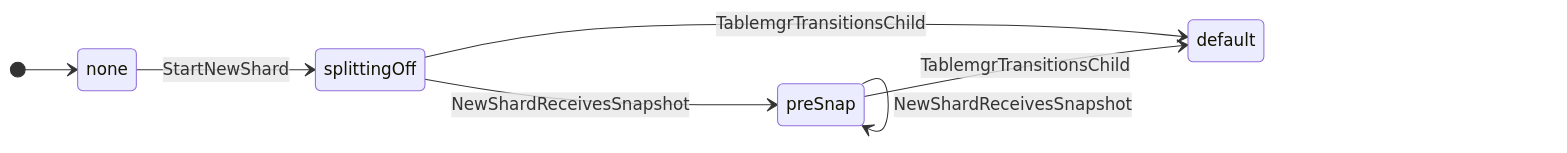
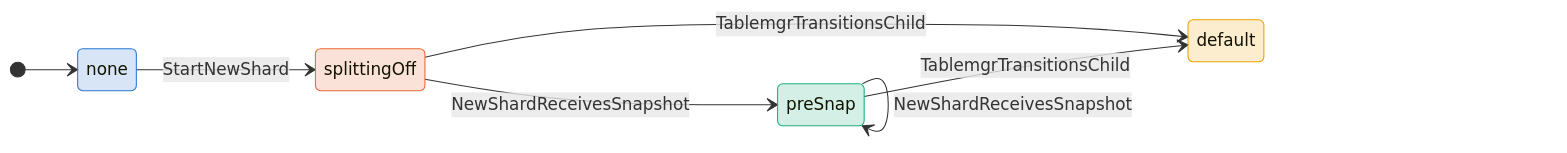
The second of 3 diagrams in zig/specs/tla/diagrams/metadata/AntflyShardSplit.md (antflydb/antfly), drawn with Mermaid before and after one commit. The commit also changed other lines of this file and 27 other files, not shown here.

````diff
--- a/zig/specs/tla/diagrams/metadata/AntflyShardSplit.md
+++ b/zig/specs/tla/diagrams/metadata/AntflyShardSplit.md
@@ -25,11 +31,19 @@
 ```mermaid
 stateDiagram-v2
     direction LR
     state "default" as s_default
     [*] --> none
     none --> splittingOff : StartNewShard
     preSnap --> preSnap : NewShardReceivesSnapshot
     splittingOff --> preSnap : NewShardReceivesSnapshot
     preSnap --> s_default : TablemgrTransitionsChild
     splittingOff --> s_default : TablemgrTransitionsChild
+    classDef c_none fill:#2a78d630,stroke:#2a78d6
+    class none c_none
+    classDef c_splittingOff fill:#eb683430,stroke:#eb6834
+    class splittingOff c_splittingOff
+    classDef c_preSnap fill:#1baf7a30,stroke:#1baf7a
+    class preSnap c_preSnap
+    classDef c_s_default fill:#eda10030,stroke:#eda100
+    class s_default c_s_default
 ```
````
